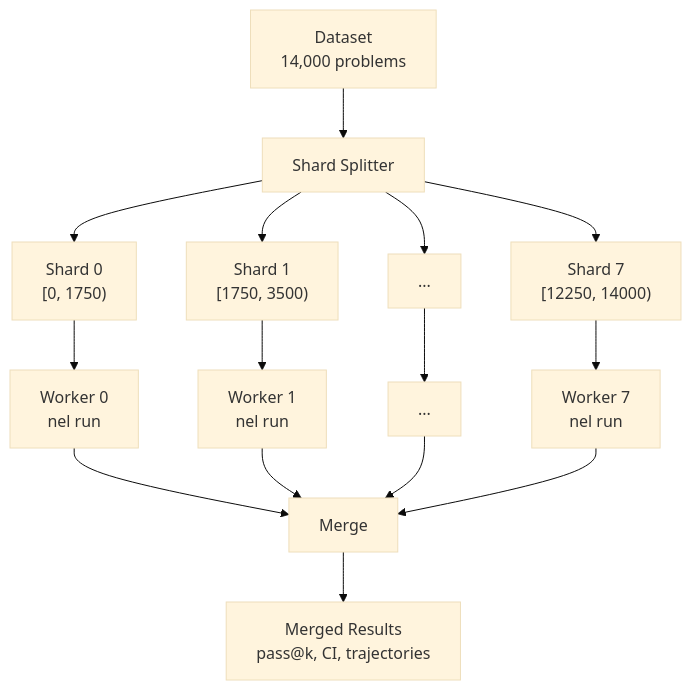
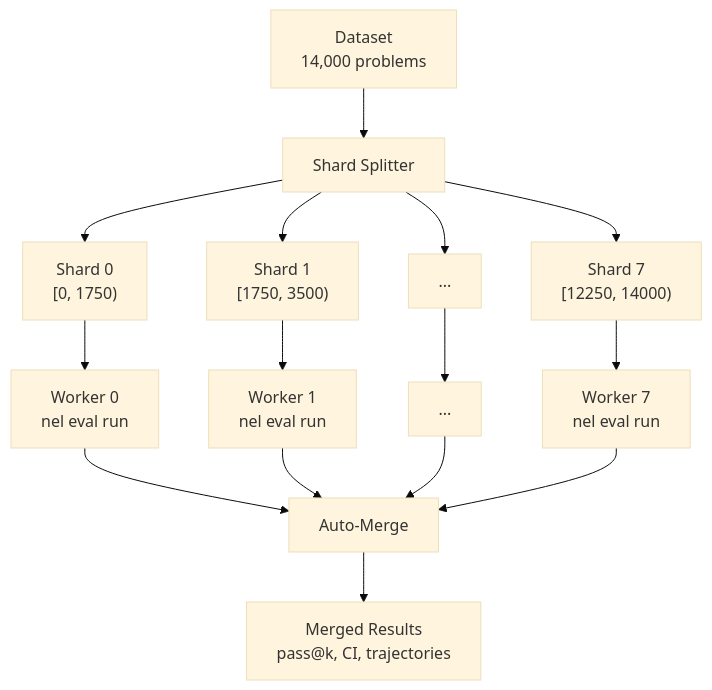
The diagram in docs/tutorials/distributed-eval.md (NVIDIA-NeMo/Evaluator), drawn with Mermaid (base theme) before and after one commit. The commit also changed other lines of this file and 84 other files, not shown here.

````diff
--- a/docs/tutorials/distributed-eval.md
+++ b/docs/tutorials/distributed-eval.md
@@ -7,20 +7,20 @@
 ```{mermaid}
 flowchart TB
     DS["Dataset<br/>14,000 problems"] --> SPLIT["Shard Splitter"]
     SPLIT --> S0["Shard 0<br/>[0, 1750)"]
     SPLIT --> S1["Shard 1<br/>[1750, 3500)"]
     SPLIT --> S2["..."]
     SPLIT --> S7["Shard 7<br/>[12250, 14000)"]
 
-    S0 --> W0["Worker 0<br/>nel run"]
-    S1 --> W1["Worker 1<br/>nel run"]
+    S0 --> W0["Worker 0<br/>nel eval run"]
+    S1 --> W1["Worker 1<br/>nel eval run"]
     S2 --> W2["..."]
-    S7 --> W7["Worker 7<br/>nel run"]
+    S7 --> W7["Worker 7<br/>nel eval run"]
 
-    W0 --> M["Merge"]
+    W0 --> M["Auto-Merge"]
     W1 --> M
     W2 --> M
     W7 --> M
 
     M --> R["Merged Results<br/>pass@k, CI, trajectories"]
 ```
````
